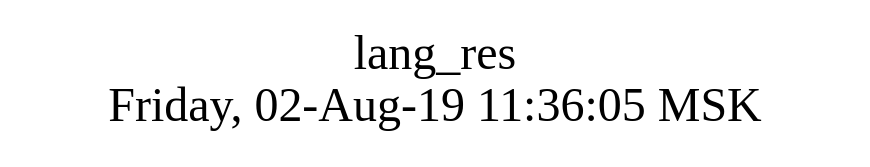
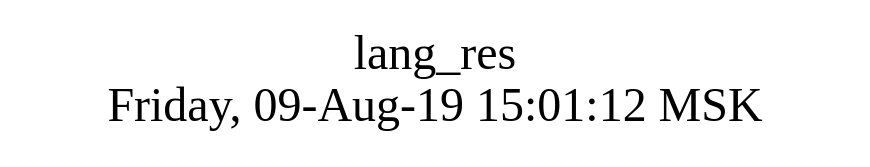
One commit to AplaProject/apps changed the diagram in src/lang_res/struct.dot. Above: the diagram before and after it, drawn with Graphviz. The commit also changed 2 other files, not shown here.

```diff
--- a/src/lang_res/struct.dot
+++ b/src/lang_res/struct.dot
@@ -1,10 +1,10 @@
 digraph G {
 graph [
   fontsize="24";
-  label="lang_res\nFriday, 02-Aug-19 11:36:05 MSK";
+  label="lang_res\nFriday, 09-Aug-19 15:01:12 MSK";
   nojustify=true;
   ordering=out;
   rankdir=LR;
   size="30";
 ];
 }
```
